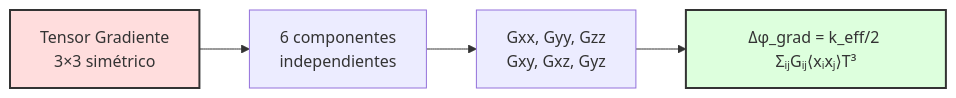
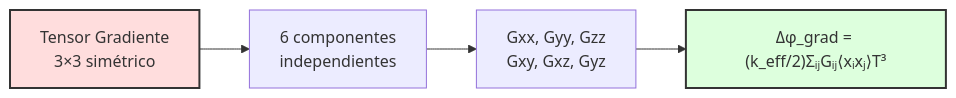
The eighth of 44 diagrams in PRODUCT_LINES/QUANTUM/QUANTUM_SOFTWARE/CONCEPT/QNS_NAVIGATION/QUA-QNS01-25SVD0002-CON-BOB-R&I-TD-QCSAA-910-001-00-01-TPL-CON-101-QSCI-v1.2.0.md (Robbbo-T/A-Q-U-A_V), drawn with Mermaid before and after one commit. The commit also changed other lines of this file, not shown here.

````diff
--- a/PRODUCT_LINES/QUANTUM/QUANTUM_SOFTWARE/CONCEPT/QNS_NAVIGATION/QUA-QNS01-25SVD0002-CON-BOB-R&I-TD-QCSAA-910-001-00-01-TPL-CON-101-QSCI-v1.2.0.md
+++ b/PRODUCT_LINES/QUANTUM/QUANTUM_SOFTWARE/CONCEPT/QNS_NAVIGATION/QUA-QNS01-25SVD0002-CON-BOB-R&I-TD-QCSAA-910-001-00-01-TPL-CON-101-QSCI-v1.2.0.md
@@ -931,9 +931,9 @@
 ```mermaid
 flowchart LR
-    A[Tensor Gradiente<br/>3×3 simétrico] --> B[6 componentes<br/>independientes]
-    B --> C[Gxx, Gyy, Gzz<br/>Gxy, Gxz, Gyz]
-    C --> D[Δφ_grad = k_eff/2 ΣᵢⱼGᵢⱼ⟨xᵢxⱼ⟩T³]
+    A["Tensor Gradiente<br/>3×3 simétrico"] --> B["6 componentes<br/>independientes"]
+    B --> C["Gxx, Gyy, Gzz<br/>Gxy, Gxz, Gyz"]
+    C --> D["Δφ_grad = (k_eff/2)ΣᵢⱼGᵢⱼ⟨xᵢxⱼ⟩T³"]
     
     style A fill:#fdd,stroke:#333,stroke-width:2px
     style D fill:#dfd,stroke:#333,stroke-width:2px
 ```
````
